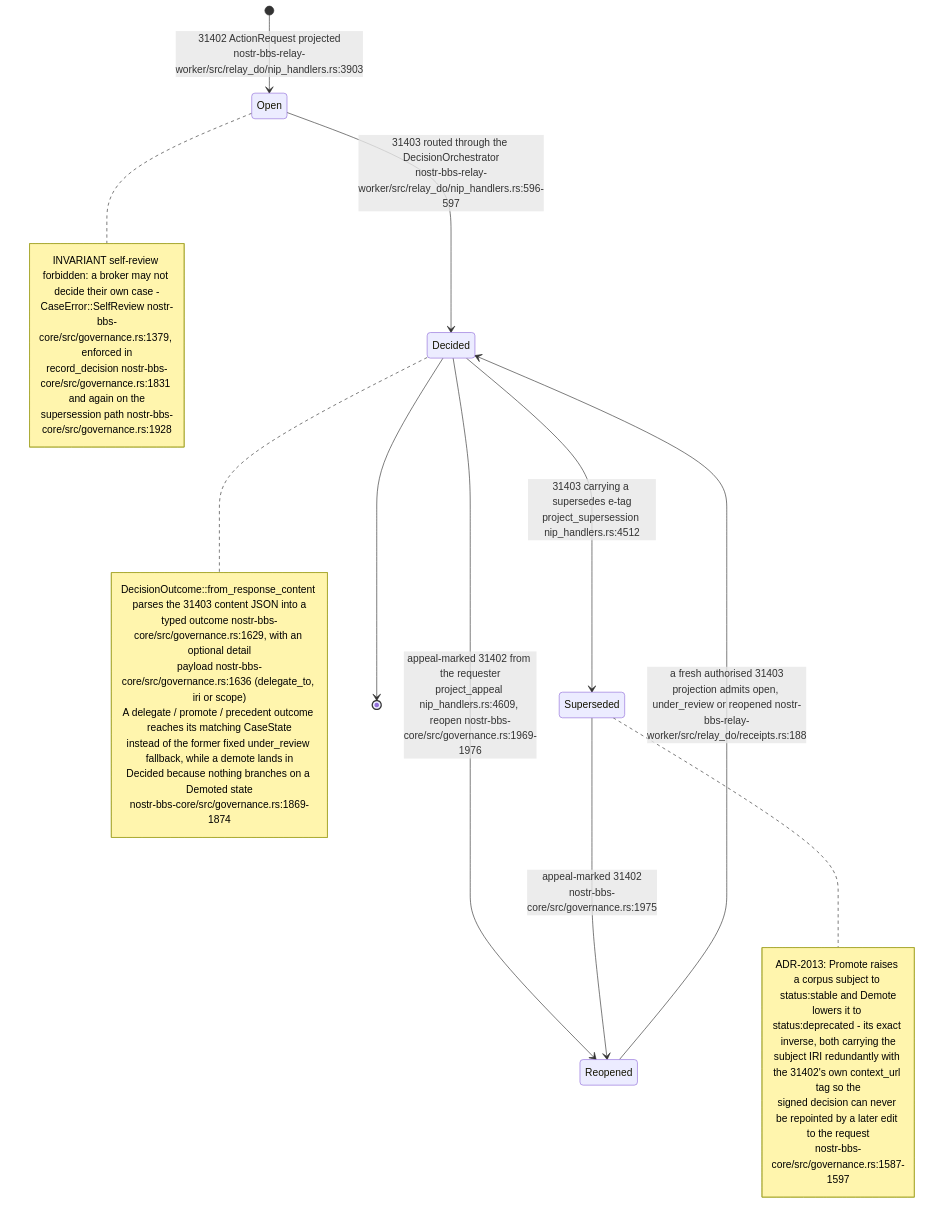
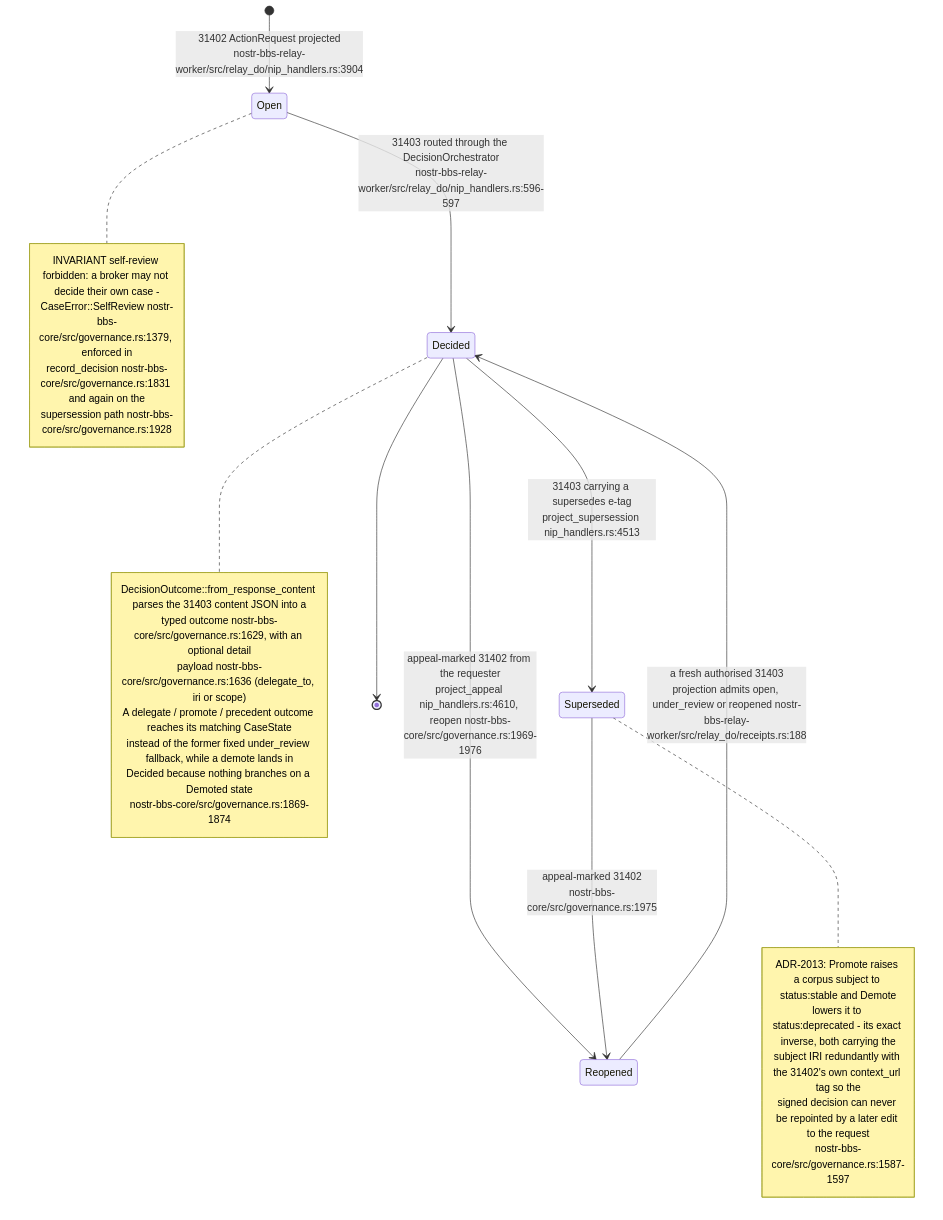
One commit to DreamLab-AI/VisionFlow changed the fifth of 18 diagrams in docs/diagrams/nostr-rust-forum/06-agent-control-surface-31400-31405.md. Above: the diagram before and after it, drawn with Mermaid. The commit also changed other lines of this file and 23 other files, not shown here.

First line of the commit message:
docs(diagrams): pass C nostr-rust-forum area re-verified at de31aaa

````diff
--- a/docs/diagrams/nostr-rust-forum/06-agent-control-surface-31400-31405.md
+++ b/docs/diagrams/nostr-rust-forum/06-agent-control-surface-31400-31405.md
@@ -143,33 +143,33 @@
 ```mermaid
 stateDiagram-v2
-    [*] --> Open: 31402 ActionRequest projected<br/>nostr-bbs-relay-worker/src/relay_do/nip_handlers.rs:3903
+    [*] --> Open: 31402 ActionRequest projected<br/>nostr-bbs-relay-worker/src/relay_do/nip_handlers.rs:3904
     Open --> Decided: 31403 routed through the DecisionOrchestrator<br/>nostr-bbs-relay-worker/src/relay_do/nip_handlers.rs:596-597
-    Decided --> Superseded: 31403 carrying a supersedes e-tag<br/>project_supersession nip_handlers.rs:4512
-    Decided --> Reopened: appeal-marked 31402 from the requester<br/>project_appeal nip_handlers.rs:4609, reopen nostr-bbs-core/src/governance.rs:1969-1976
+    Decided --> Superseded: 31403 carrying a supersedes e-tag<br/>project_supersession nip_handlers.rs:4513
+    Decided --> Reopened: appeal-marked 31402 from the requester<br/>project_appeal nip_handlers.rs:4610, reopen nostr-bbs-core/src/governance.rs:1969-1976
     Superseded --> Reopened: appeal-marked 31402<br/>nostr-bbs-core/src/governance.rs:1975
     Reopened --> Decided: a fresh authorised 31403<br/>projection admits open, under_review or reopened nostr-bbs-relay-worker/src/relay_do/receipts.rs:188
     Decided --> [*]
 
     note right of Decided
         DecisionOutcome::from_response_content parses the 31403 content JSON into a
         typed outcome nostr-bbs-core/src/governance.rs:1629, with an optional detail
         payload nostr-bbs-core/src/governance.rs:1636 (delegate_to, iri or scope)
         A delegate / promote / precedent outcome reaches its matching CaseState
         instead of the former fixed under_review fallback, while a demote lands in
         Decided because nothing branches on a Demoted state
         nostr-bbs-core/src/governance.rs:1869-1874
     end note
     note right of Open
         INVARIANT self-review forbidden: a broker may not decide their own case -
         CaseError::SelfReview nostr-bbs-core/src/governance.rs:1379, enforced in
         record_decision nostr-bbs-core/src/governance.rs:1831 and again on the
         supersession path nostr-bbs-core/src/governance.rs:1928
     end note
     note right of Superseded
         ADR-2013: Promote raises a corpus subject to status:stable and Demote
         lowers it to status:deprecated - its exact inverse, both carrying the
         subject IRI redundantly with the 31402's own context_url tag so the
         signed decision can never be repointed by a later edit to the request
         nostr-bbs-core/src/governance.rs:1587-1597
     end note
 ```
````
